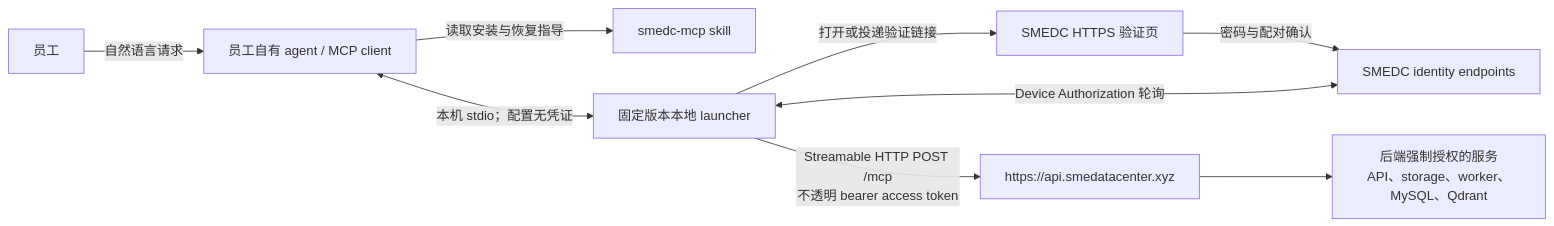
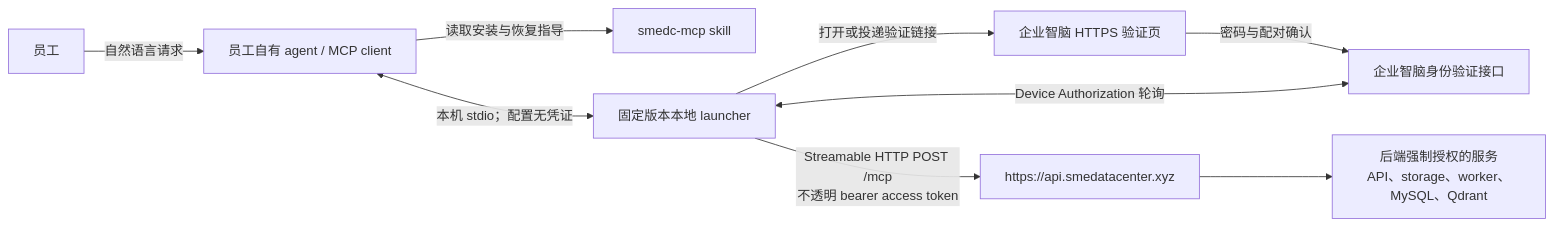
Before and after one commit to YinXiaoyu-1998/SME_DATA_CENTER: the first of 2 diagrams in docs/implementation/mcp-user-flow.zh.md, drawn with Mermaid. The commit also changed other lines of this file and 8 other files, not shown here.

````diff
--- a/docs/implementation/mcp-user-flow.zh.md
+++ b/docs/implementation/mcp-user-flow.zh.md
@@ -20,11 +20,11 @@
 ```mermaid
 flowchart LR
   Employee["员工"] -->|"自然语言请求"| Agent["员工自有 agent / MCP client"]
   Agent -->|"读取安装与恢复指导"| Skill["smedc-mcp skill"]
   Agent <-->|"本机 stdio；配置无凭证"| Launcher["固定版本本地 launcher"]
-  Launcher -->|"打开或投递验证链接"| Browser["SMEDC HTTPS 验证页"]
-  Browser -->|"密码与配对确认"| Auth["SMEDC identity endpoints"]
+  Launcher -->|"打开或投递验证链接"| Browser["企业智脑 HTTPS 验证页"]
+  Browser -->|"密码与配对确认"| Auth["企业智脑身份验证接口"]
   Launcher <-->|"Device Authorization 轮询"| Auth
   Launcher -->|"Streamable HTTP POST /mcp\n不透明 bearer access token"| Api["https://api.smedatacenter.xyz"]
   Api --> Data["后端强制授权的服务\nAPI、storage、worker、MySQL、Qdrant"]
 ```
````
